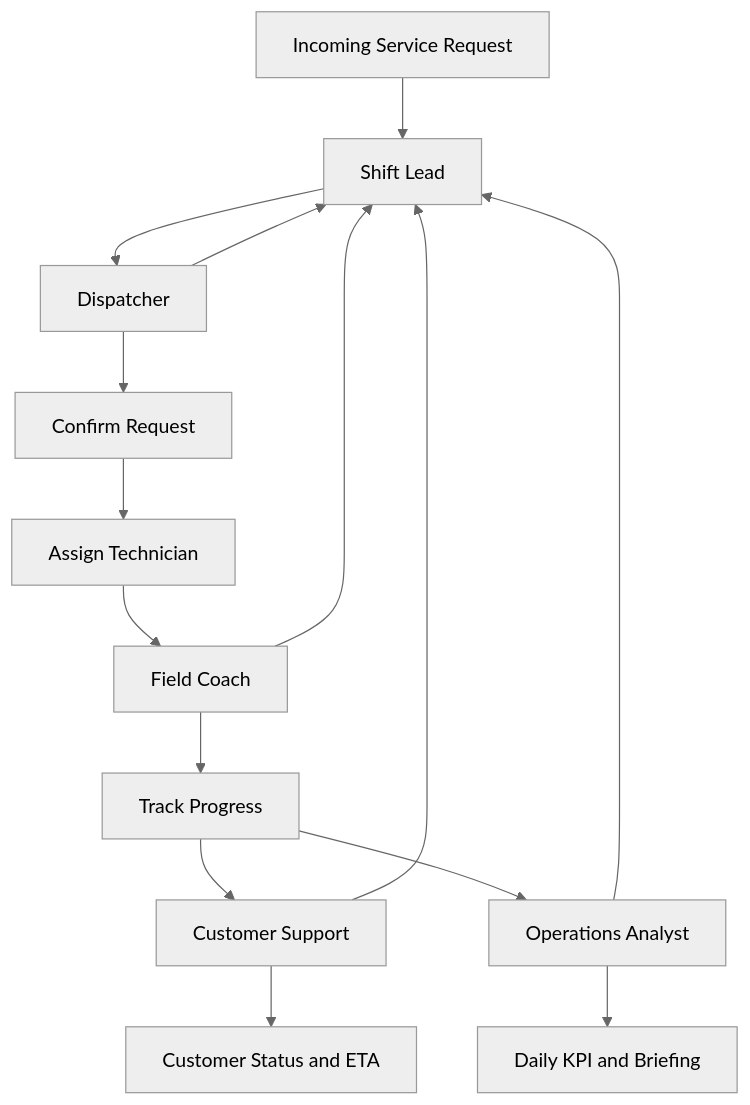
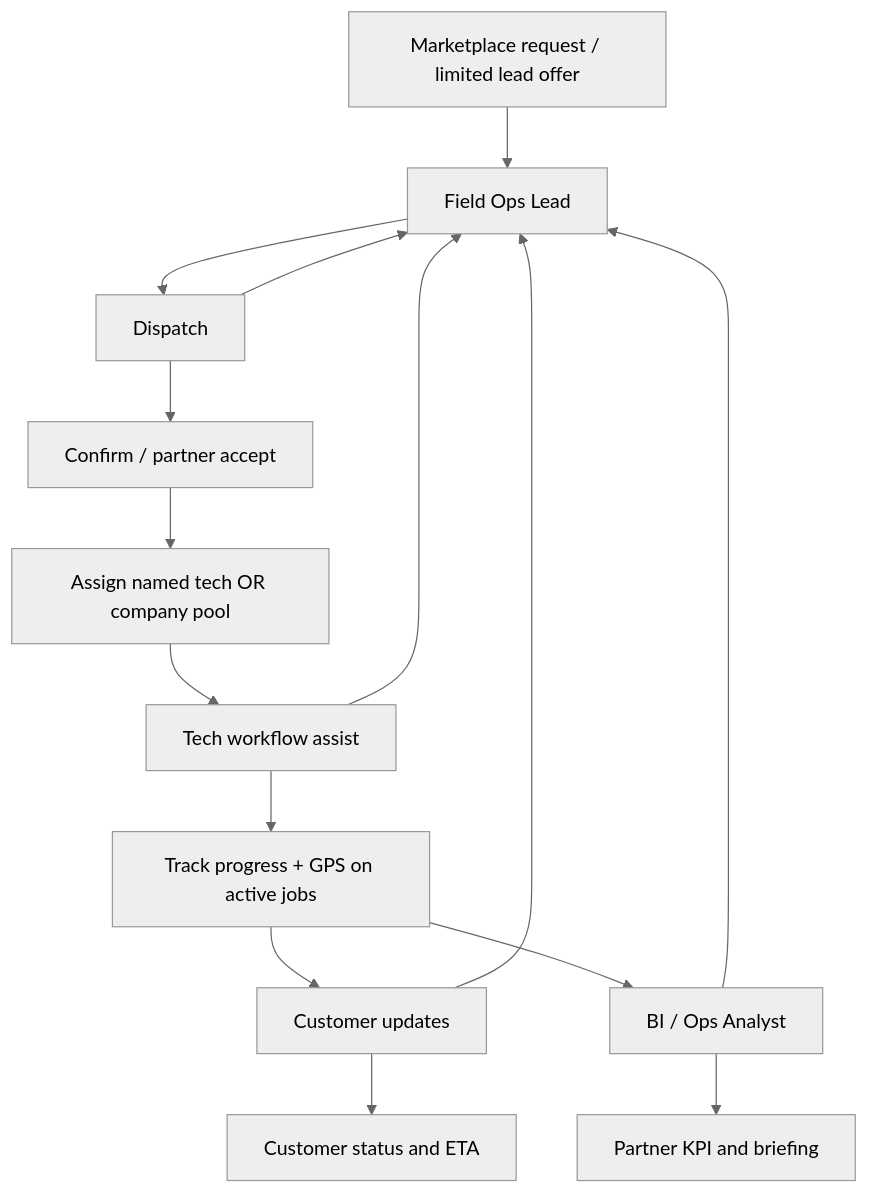
Before and after one commit to Ahmedaburas/Ahmedaburas: the diagram in darfix-agents/README.md, drawn with Mermaid (neutral theme). The commit also changed other lines of this file and 24 other files, not shown here.

````diff
--- a/darfix-agents/README.md
+++ b/darfix-agents/README.md
@@ -9,17 +21,17 @@
 ```mermaid
 flowchart TD
-    A[Incoming Service Request] --> B[Shift Lead]
-    B --> C[Dispatcher]
-    C --> D[Confirm Request]
-    D --> E[Assign Technician]
-    E --> F[Field Coach]
-    F --> G[Track Progress]
-    G --> H[Customer Support]
-    H --> I[Customer Status and ETA]
-    G --> J[Operations Analyst]
-    J --> K[Daily KPI and Briefing]
+    A[Marketplace request / limited lead offer] --> B[Field Ops Lead]
+    B --> C[Dispatch]
+    C --> D[Confirm / partner accept]
+    D --> E[Assign named tech OR company pool]
+    E --> F[Tech workflow assist]
+    F --> G[Track progress + GPS on active jobs]
+    G --> H[Customer updates]
+    H --> I[Customer status and ETA]
+    G --> J[BI / Ops Analyst]
+    J --> K[Partner KPI and briefing]
     C --> B
     F --> B
     H --> B
     J --> B
 ```
````
